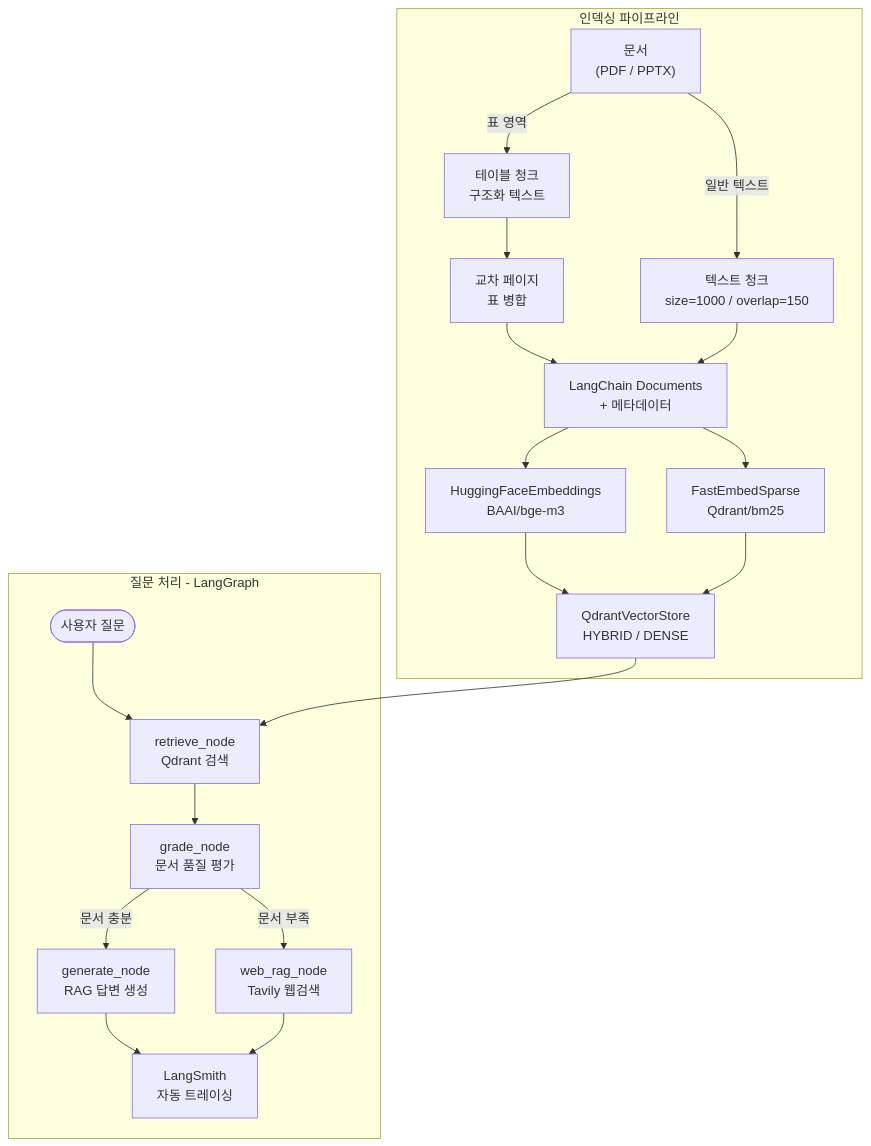
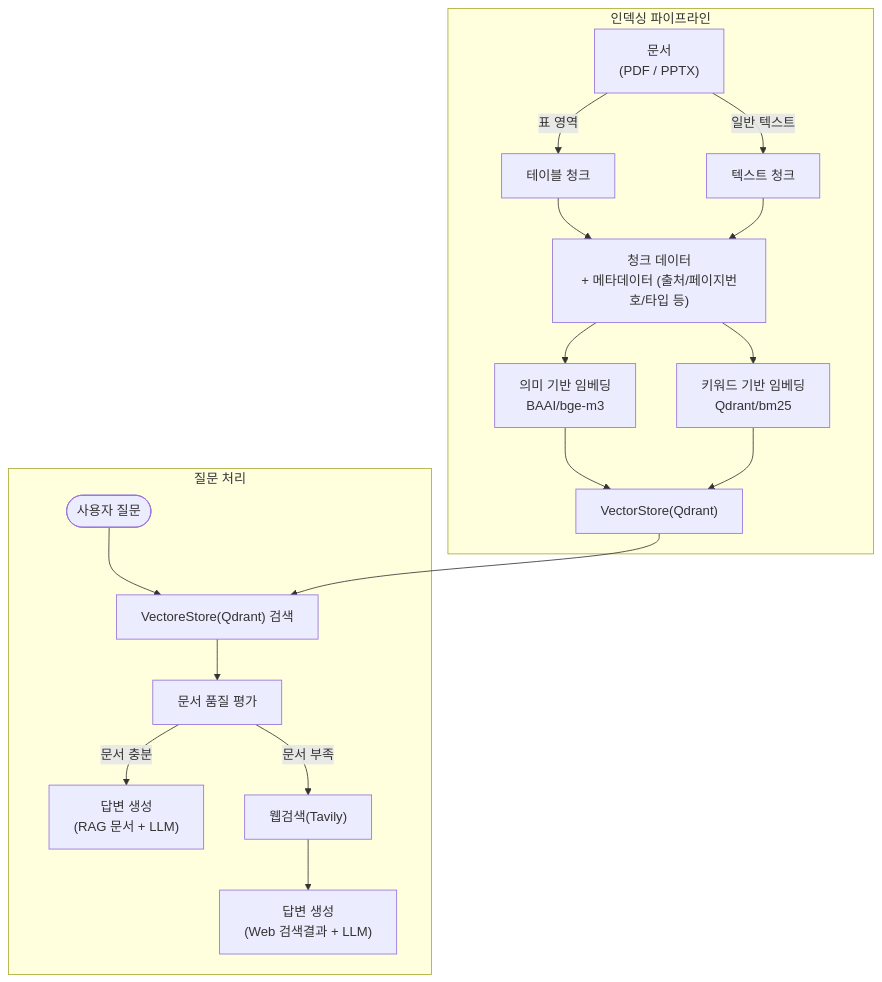
Before and after one commit to kim-jang-hyun/table_rag: the first of 2 diagrams in README.md, drawn with Mermaid. The commit also changed 2 other files, not shown here.

Commit message:
문서 정리

````diff
--- a/README.md
+++ b/README.md
@@ -107,34 +107,33 @@
 ```mermaid
 flowchart TD
     subgraph ingest [인덱싱 파이프라인]
         Doc["문서\n(PDF / PPTX)"]
-        TableChunk["테이블 청크\n구조화 텍스트"]
-        TextChunk["텍스트 청크\nsize=1000 / overlap=150"]
-        Merge["교차 페이지\n표 병합"]
-        LCDoc["LangChain Documents\n+ 메타데이터"]
-        Dense["HuggingFaceEmbeddings\nBAAI/bge-m3"]
-        Sparse["FastEmbedSparse\nQdrant/bm25"]
-        Qdrant["QdrantVectorStore\nHYBRID / DENSE"]
+        TableChunk["테이블 청크"]
+        TextChunk["텍스트 청크"]
+        LCDoc["청크 데이터\n+ 메타데이터 (출처/페이지번호/타입 등)"]
+        Dense["의미 기반 임베딩\nBAAI/bge-m3"]
+        Sparse["키워드 기반 임베딩\nQdrant/bm25"]
+        Qdrant["VectorStore(Qdrant)"]
     end
 
-    subgraph agent [질문 처리 - LangGraph]
+    subgraph agent [질문 처리]
         UserQ([사용자 질문])
-        Retrieve["retrieve_node\nQdrant 검색"]
-        Grade["grade_node\n문서 품질 평가"]
-        Generate["generate_node\nRAG 답변 생성"]
-        WebRAG["web_rag_node\nTavily 웹검색"]
-        LangSmith["LangSmith\n자동 트레이싱"]
+        Retrieve["VectoreStore(Qdrant) 검색"]
+        Grade["문서 품질 평가"]
+        Generate["답변 생성\n(RAG 문서 + LLM)"]
+        WebRAG["웹검색(Tavily)"]
+        WebGenerate["답변 생성\n(Web 검색결과 + LLM)"]
     end
 
     Doc -->|"표 영역"| TableChunk
     Doc -->|"일반 텍스트"| TextChunk
-    TableChunk --> Merge --> LCDoc
+    TableChunk --> LCDoc
     TextChunk --> LCDoc
     LCDoc --> Dense & Sparse --> Qdrant
 
     UserQ --> Retrieve --> Grade
     Grade -->|"문서 충분"| Generate
     Grade -->|"문서 부족"| WebRAG
     Qdrant --> Retrieve
-    Generate & WebRAG --> LangSmith
+    WebRAG --> WebGenerate
 ```
````
